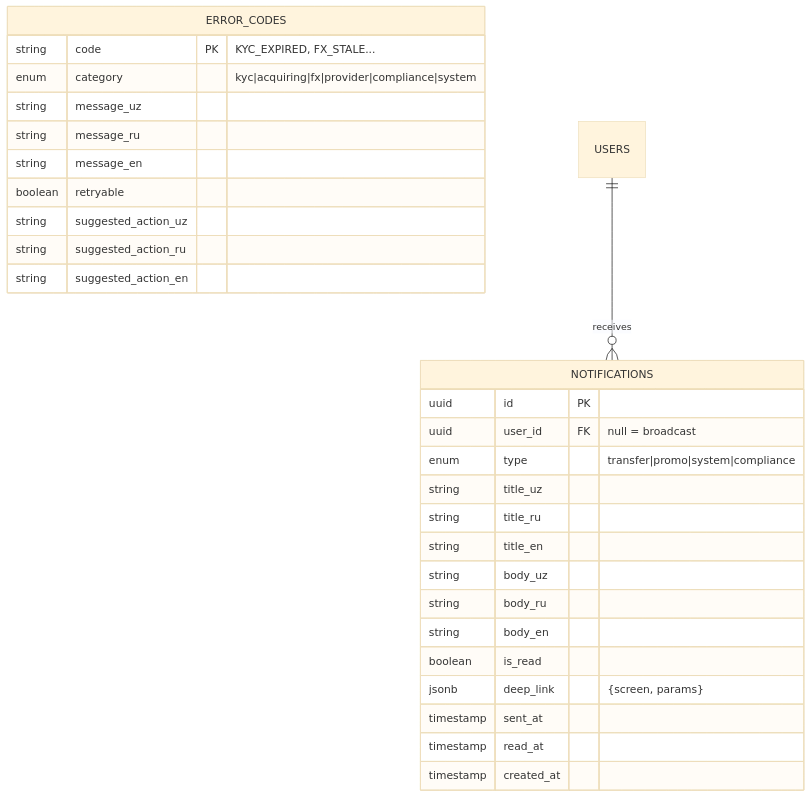
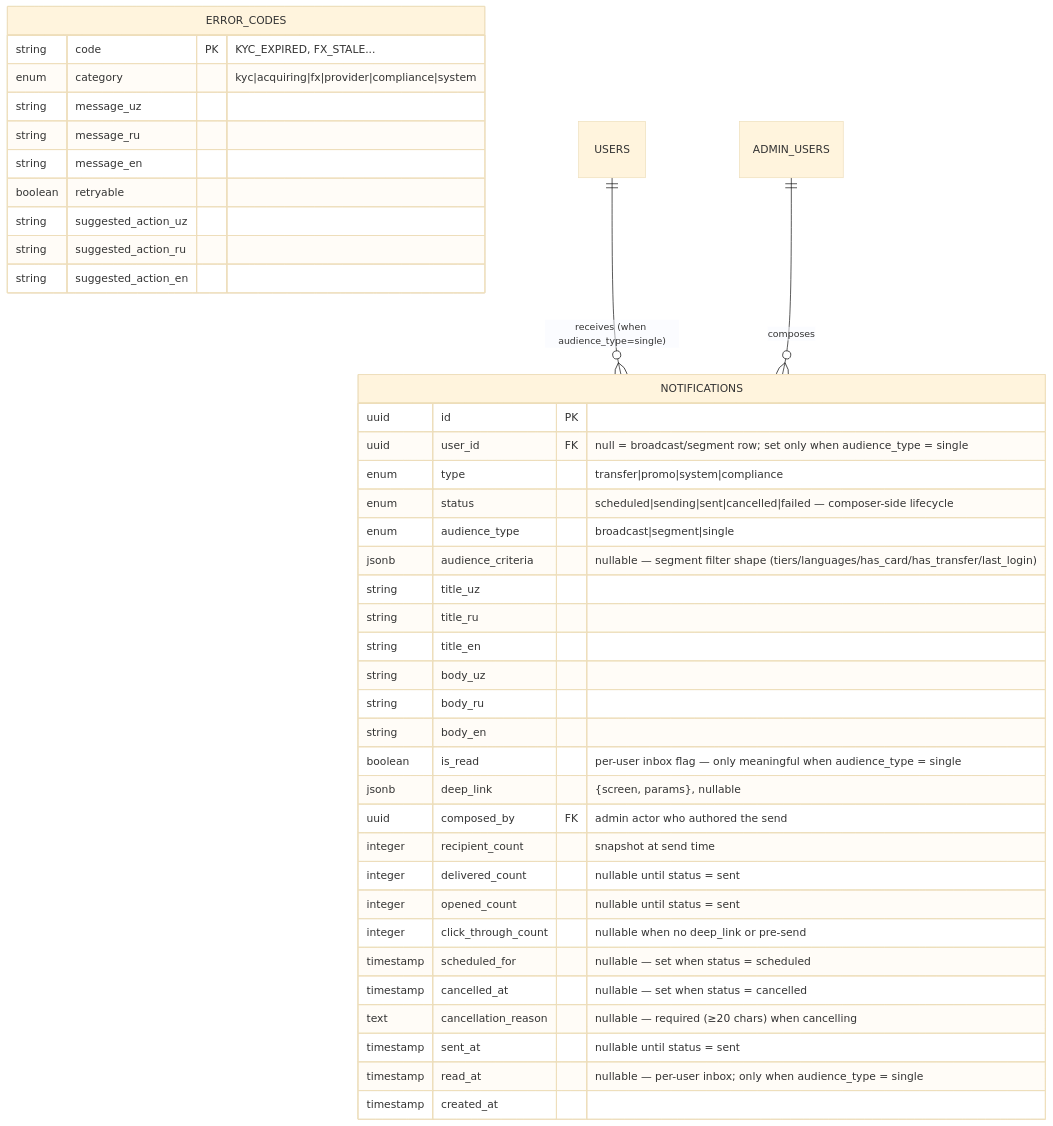
One commit to SardorAllaberganov/zhi-pay changed diagram 11 of 12 in docs/models.md. Above: the diagram before and after it, drawn with Mermaid (base theme). The commit also changed other lines of this file and 47 other files, not shown here.

First line of the commit message:
feat(notifications): admin /content/notifications surface — Phase 19

````diff
--- a/docs/models.md
+++ b/docs/models.md
@@ -494,31 +494,43 @@
 ```mermaid
 erDiagram
   ERROR_CODES {
     string code PK "KYC_EXPIRED, FX_STALE..."
     enum category "kyc|acquiring|fx|provider|compliance|system"
     string message_uz
     string message_ru
     string message_en
     boolean retryable
     string suggested_action_uz
     string suggested_action_ru
     string suggested_action_en
   }
   NOTIFICATIONS {
     uuid id PK
-    uuid user_id FK "null = broadcast"
+    uuid user_id FK "null = broadcast/segment row; set only when audience_type = single"
     enum type "transfer|promo|system|compliance"
+    enum status "scheduled|sending|sent|cancelled|failed — composer-side lifecycle"
+    enum audience_type "broadcast|segment|single"
+    jsonb audience_criteria "nullable — segment filter shape (tiers/languages/has_card/has_transfer/last_login)"
     string title_uz
     string title_ru
     string title_en
     string body_uz
     string body_ru
     string body_en
-    boolean is_read
-    jsonb deep_link "{screen, params}"
-    timestamp sent_at
-    timestamp read_at
+    boolean is_read "per-user inbox flag — only meaningful when audience_type = single"
+    jsonb deep_link "{screen, params}, nullable"
+    uuid composed_by FK "admin actor who authored the send"
+    integer recipient_count "snapshot at send time"
+    integer delivered_count "nullable until status = sent"
+    integer opened_count "nullable until status = sent"
+    integer click_through_count "nullable when no deep_link or pre-send"
+    timestamp scheduled_for "nullable — set when status = scheduled"
+    timestamp cancelled_at "nullable — set when status = cancelled"
+    text cancellation_reason "nullable — required (≥20 chars) when cancelling"
+    timestamp sent_at "nullable until status = sent"
+    timestamp read_at "nullable — per-user inbox; only when audience_type = single"
     timestamp created_at
   }
-  USERS ||--o{ NOTIFICATIONS : "receives"
+  USERS ||--o{ NOTIFICATIONS : "receives (when audience_type=single)"
+  ADMIN_USERS ||--o{ NOTIFICATIONS : "composes"
 ```
````
